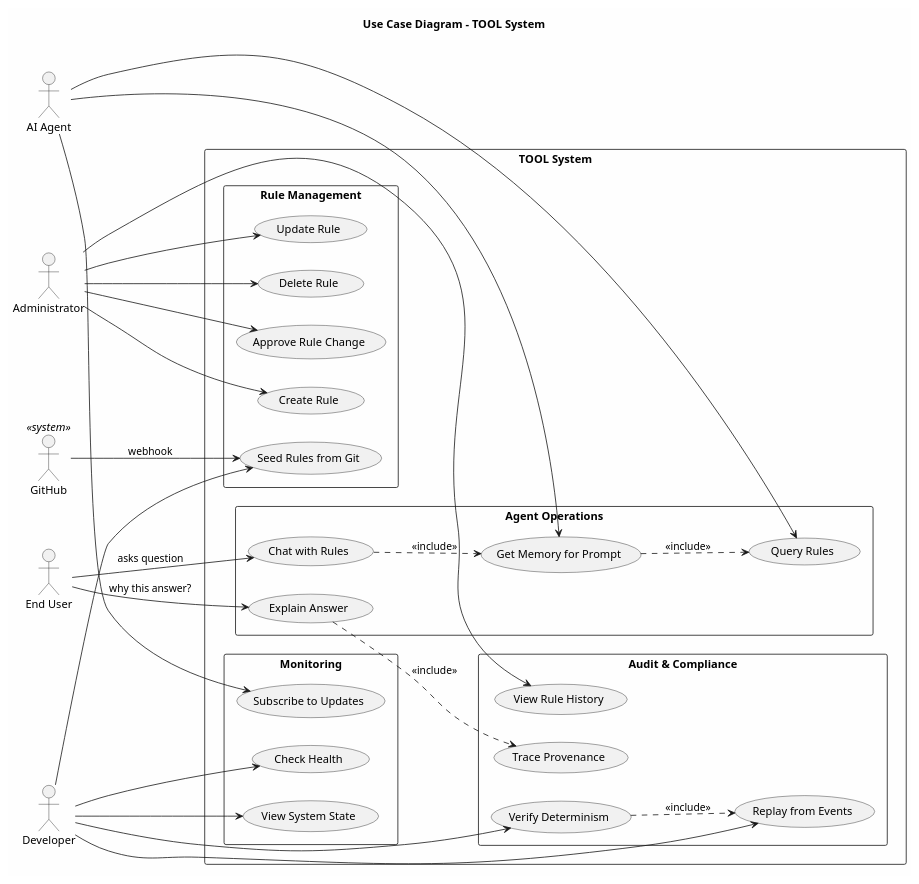
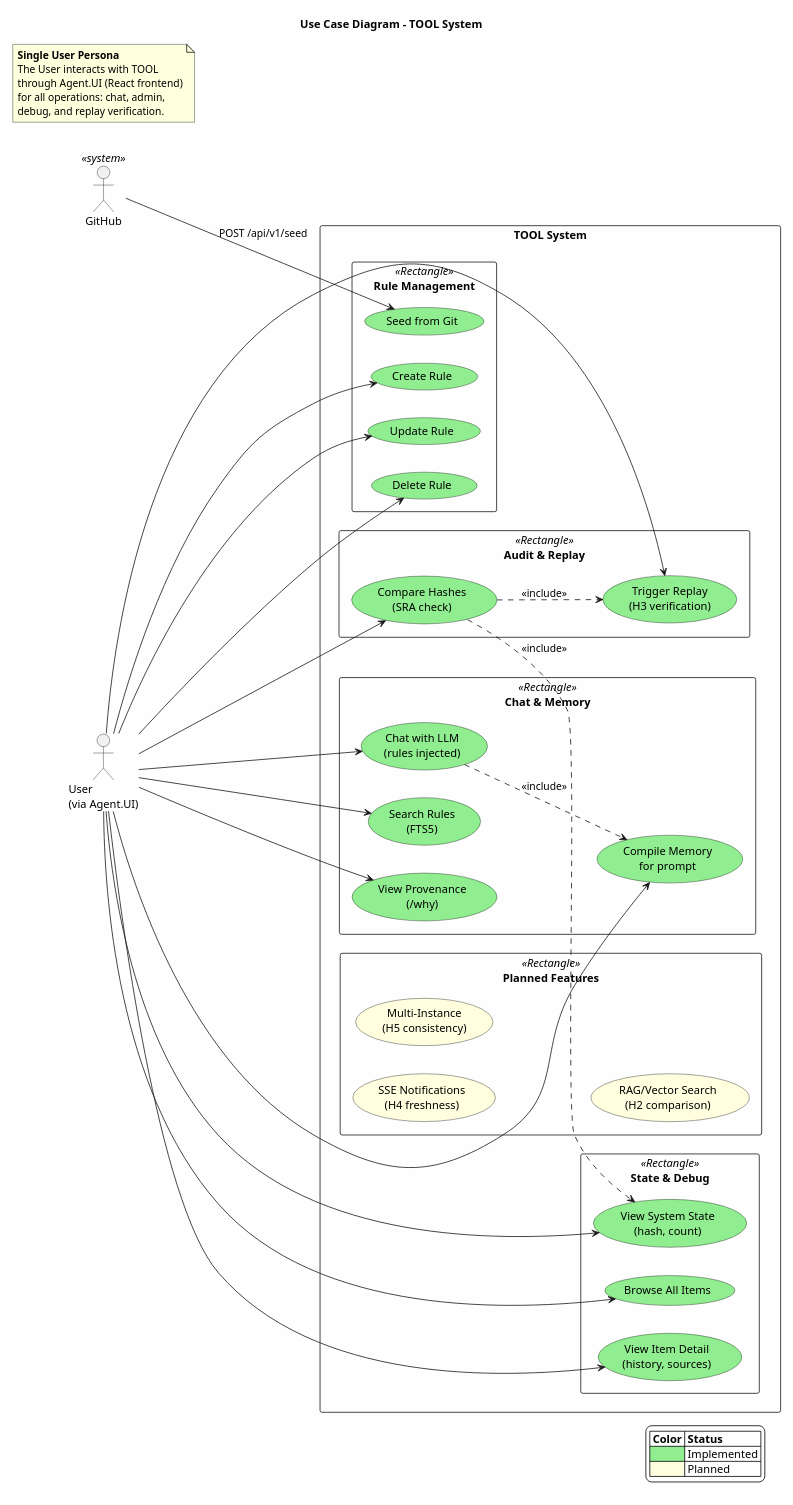
The diagram in diagrams/usecase.puml (ravvnen/TOOL), drawn with PlantUML before and after one commit. The commit also changed 4 other files, not shown here.

First line of the commit message:
Fix remaining PlantUML diagrams for accuracy

```diff
--- a/diagrams/usecase.puml
+++ b/diagrams/usecase.puml
@@ -1,77 +1,81 @@
 @startuml UseCases
 title Use Case Diagram - TOOL System
 
 left to right direction
 skinparam backgroundColor #FEFEFE
 skinparam packageStyle rectangle
 
-actor "End User" as USER
-actor "AI Agent" as AGENT
-actor "Administrator" as ADMIN
-actor "Developer" as DEV
+actor "User\n(via Agent.UI)" as USER
 actor "GitHub" as GH <<system>>
 
 rectangle "TOOL System" {
 
-    package "Agent Operations" {
-        usecase "Query Rules" as UC_QUERY
-        usecase "Get Memory for Prompt" as UC_MEMORY
-        usecase "Chat with Rules" as UC_CHAT
-        usecase "Explain Answer" as UC_EXPLAIN
+    package "Chat & Memory" <<Rectangle>> {
+        usecase "Chat with LLM\n(rules injected)" as UC_CHAT #LightGreen
+        usecase "Compile Memory\nfor prompt" as UC_COMPILE #LightGreen
+        usecase "Search Rules\n(FTS5)" as UC_SEARCH #LightGreen
+        usecase "View Provenance\n(/why)" as UC_WHY #LightGreen
     }
 
-    package "Rule Management" {
-        usecase "Seed Rules from Git" as UC_SEED
-        usecase "Create Rule" as UC_CREATE
-        usecase "Update Rule" as UC_UPDATE
-        usecase "Delete Rule" as UC_DELETE
-        usecase "Approve Rule Change" as UC_APPROVE
+    package "Rule Management" <<Rectangle>> {
+        usecase "Create Rule" as UC_CREATE #LightGreen
+        usecase "Update Rule" as UC_UPDATE #LightGreen
+        usecase "Delete Rule" as UC_DELETE #LightGreen
+        usecase "Seed from Git" as UC_SEED #LightGreen
     }
 
-    package "Audit & Compliance" {
-        usecase "View Rule History" as UC_HISTORY
-        usecase "Trace Provenance" as UC_PROVENANCE
-        usecase "Replay from Events" as UC_REPLAY
-        usecase "Verify Determinism" as UC_VERIFY
+    package "State & Debug" <<Rectangle>> {
+        usecase "View System State\n(hash, count)" as UC_STATE #LightGreen
+        usecase "Browse All Items" as UC_ITEMS #LightGreen
+        usecase "View Item Detail\n(history, sources)" as UC_DETAIL #LightGreen
     }
 
-    package "Monitoring" {
-        usecase "View System State" as UC_STATE
-        usecase "Subscribe to Updates" as UC_SUBSCRIBE
-        usecase "Check Health" as UC_HEALTH
+    package "Audit & Replay" <<Rectangle>> {
+        usecase "Trigger Replay\n(H3 verification)" as UC_REPLAY #LightGreen
+        usecase "Compare Hashes\n(SRA check)" as UC_VERIFY #LightGreen
+    }
+
+    package "Planned Features" <<Rectangle>> {
+        usecase "SSE Notifications\n(H4 freshness)" as UC_SSE #LightYellow
+        usecase "Multi-Instance\n(H5 consistency)" as UC_MULTI #LightYellow
+        usecase "RAG/Vector Search\n(H2 comparison)" as UC_RAG #LightYellow
     }
 }
 
 ' User interactions
-USER --> UC_CHAT : asks question
-USER --> UC_EXPLAIN : "why this answer?"
+USER --> UC_CHAT
+USER --> UC_COMPILE
+USER --> UC_SEARCH
+USER --> UC_WHY
+USER --> UC_CREATE
+USER --> UC_UPDATE
+USER --> UC_DELETE
+USER --> UC_STATE
+USER --> UC_ITEMS
+USER --> UC_DETAIL
+USER --> UC_REPLAY
+USER --> UC_VERIFY
 
-' Agent interactions
-AGENT --> UC_QUERY
-AGENT --> UC_MEMORY
-AGENT --> UC_SUBSCRIBE
-
-' Admin interactions
-ADMIN --> UC_CREATE
-ADMIN --> UC_UPDATE
-ADMIN --> UC_DELETE
-ADMIN --> UC_APPROVE
-ADMIN --> UC_HISTORY
-
-' Developer interactions
-DEV --> UC_SEED
-DEV --> UC_REPLAY
-DEV --> UC_VERIFY
-DEV --> UC_STATE
-DEV --> UC_HEALTH
-
-' System interactions
-GH --> UC_SEED : webhook
+' GitHub webhook
+GH --> UC_SEED : POST /api/v1/seed
 
 ' Relationships
-UC_CHAT ..> UC_MEMORY : <<include>>
-UC_MEMORY ..> UC_QUERY : <<include>>
-UC_EXPLAIN ..> UC_PROVENANCE : <<include>>
+UC_CHAT ..> UC_COMPILE : <<include>>
 UC_VERIFY ..> UC_REPLAY : <<include>>
+UC_VERIFY ..> UC_STATE : <<include>>
+
+legend right
+  |= Color |= Status |
+  | <#LightGreen> | Implemented |
+  | <#LightYellow> | Planned |
+endlegend
+
+note as N1
+  **Single User Persona**
+  The User interacts with TOOL
+  through Agent.UI (React frontend)
+  for all operations: chat, admin,
+  debug, and replay verification.
+end note
 
 @enduml
```
